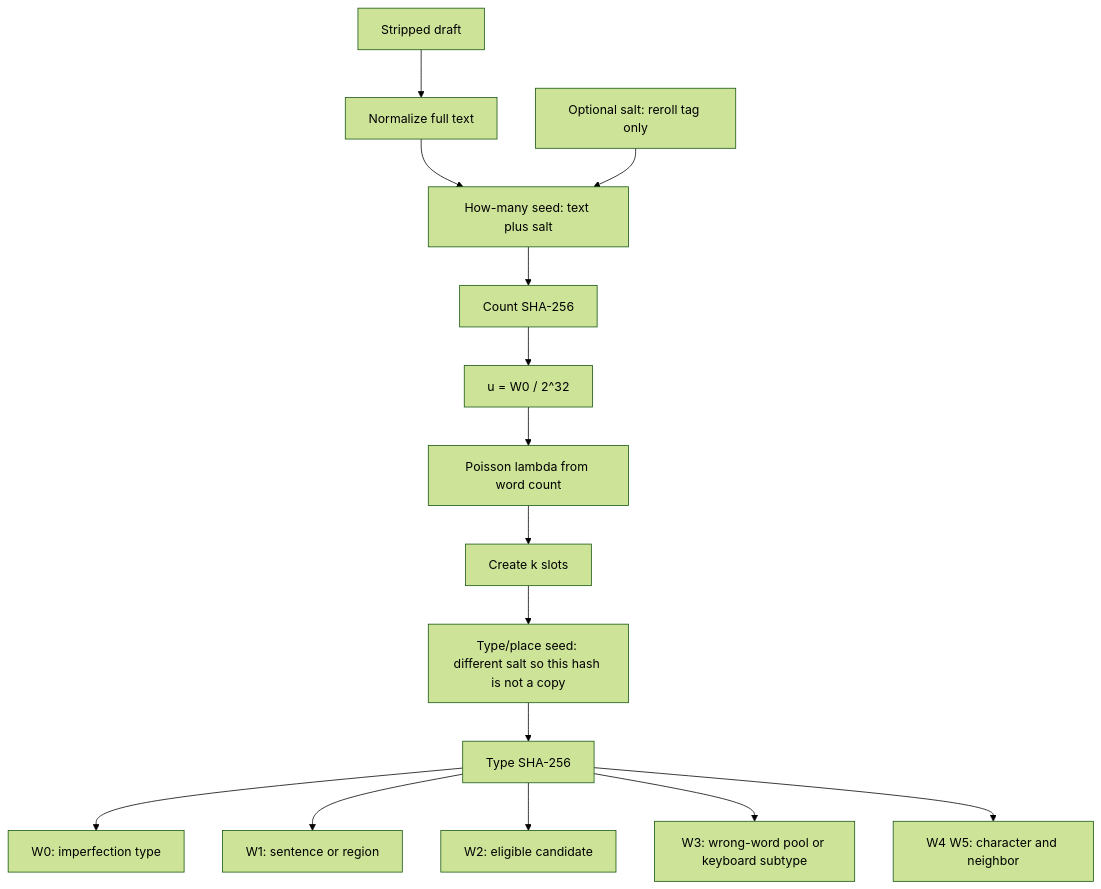
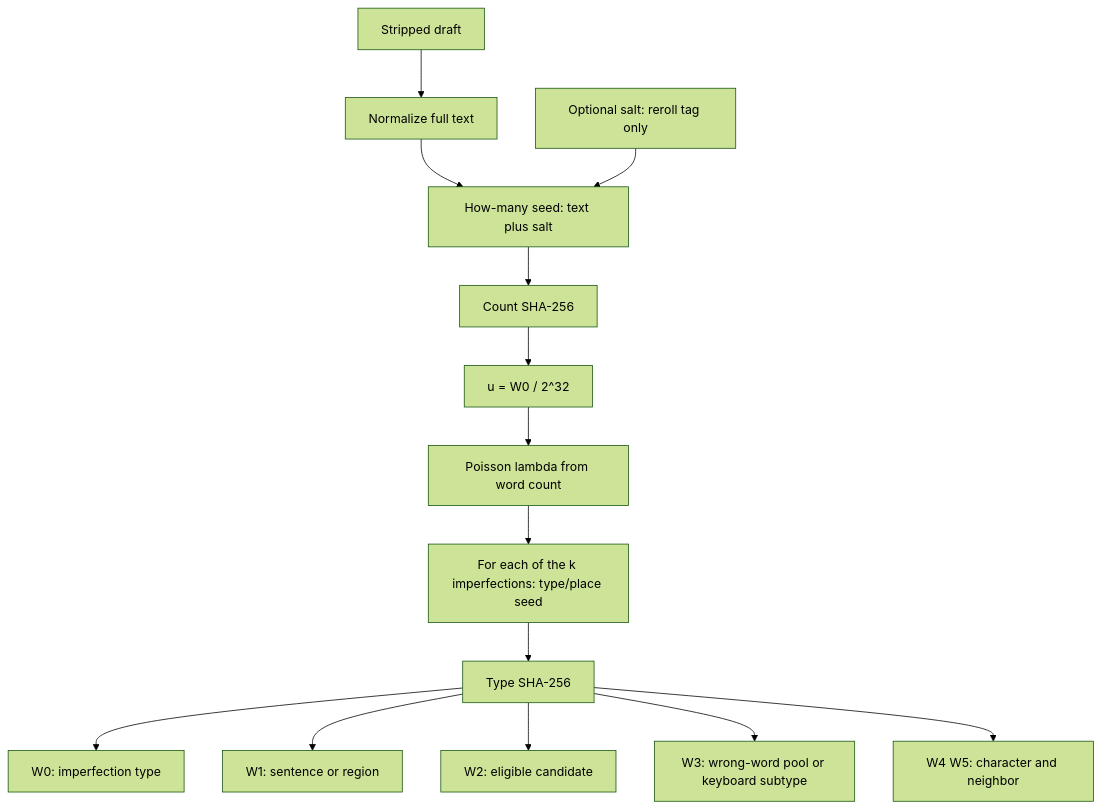
One commit to wilu222/unpolish-ai-writing changed the diagram in references/imperfections.md. Above: the diagram before and after it, drawn with Mermaid (forest theme). The commit also changed other lines of this file and 2 other files, not shown here.

````diff
--- a/references/imperfections.md
+++ b/references/imperfections.md
@@ -15,18 +15,17 @@
 ```mermaid
 flowchart TD
   draft[Stripped draft] --> normalize[Normalize full text]
   salt[Optional salt: reroll tag only]
   normalize --> countSeed[How-many seed: text plus salt]
   salt --> countSeed
   countSeed --> countHash[Count SHA-256]
   countHash --> countRoll["u = W0 / 2^32"]
   countRoll --> poisson[Poisson lambda from word count]
-  poisson --> slots[Create k slots]
-  slots --> slotSeed[Type/place seed: different salt so this hash is not a copy]
+  poisson --> slotSeed[For each of the k imperfections: type/place seed]
   slotSeed --> slotHash[Type SHA-256]
   slotHash --> typeRoll[W0: imperfection type]
   slotHash --> locationRoll[W1: sentence or region]
   slotHash --> candidateRoll[W2: eligible candidate]
   slotHash --> subtypeRoll[W3: wrong-word pool or keyboard subtype]
   slotHash --> mutationRoll[W4 W5: character and neighbor]
 ```
````
